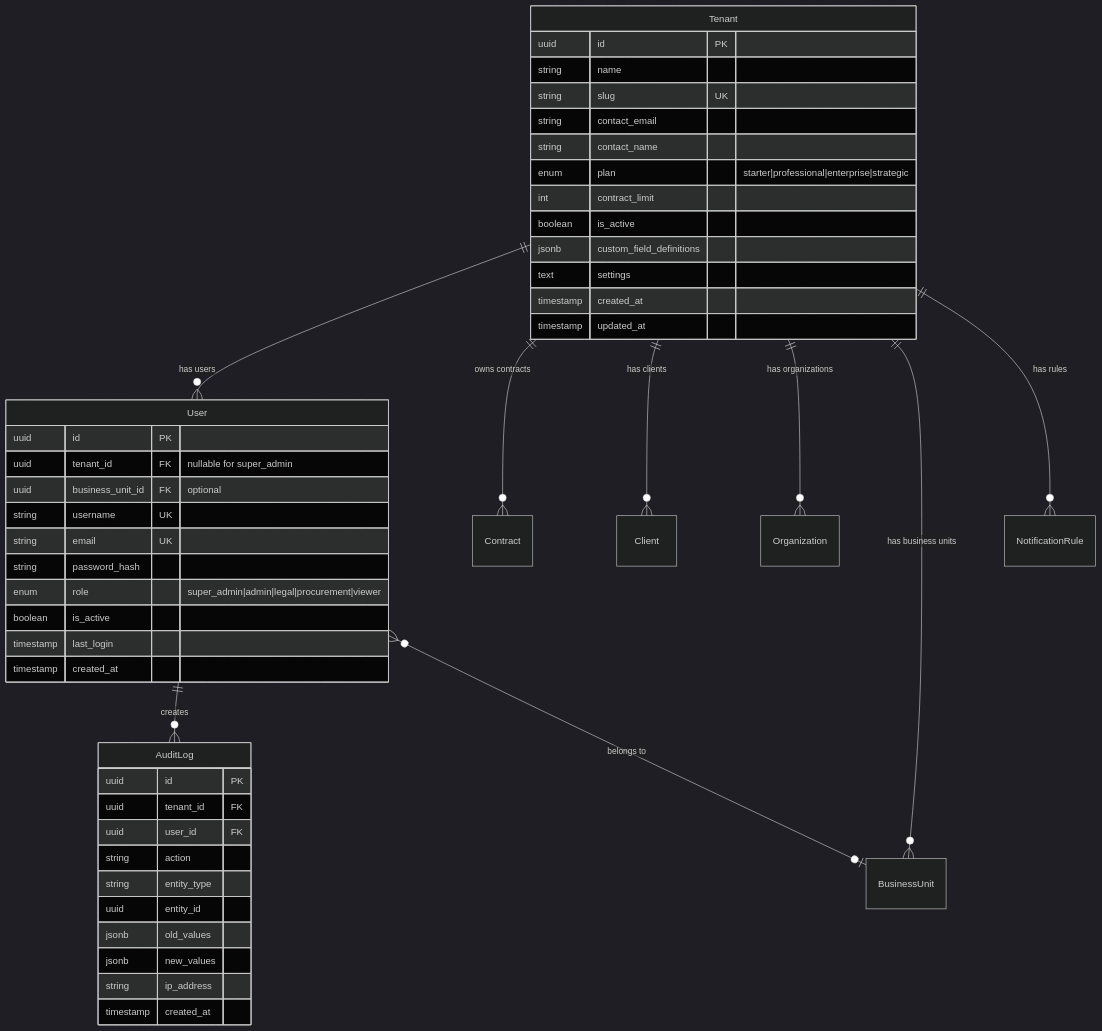
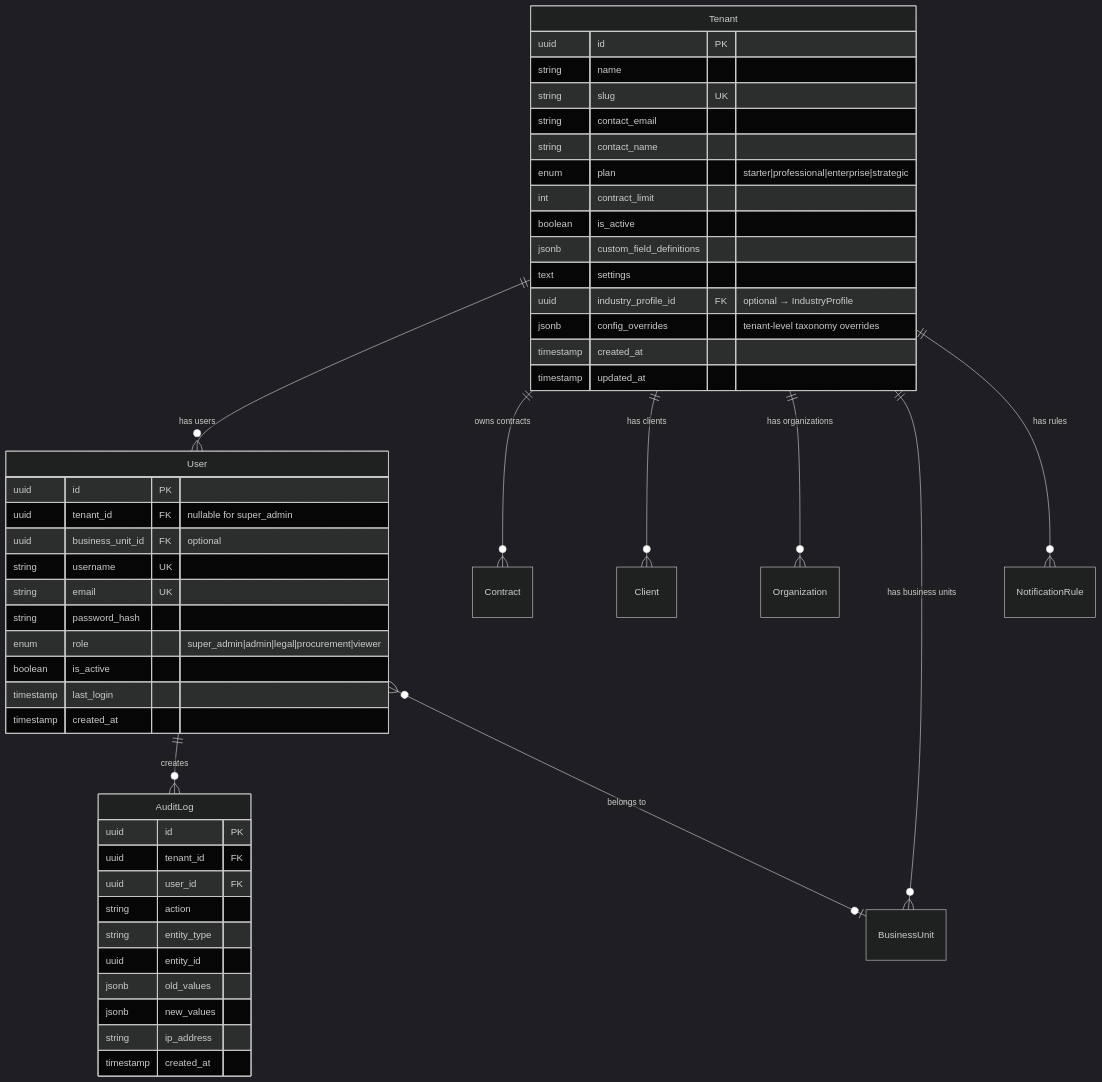
Before and after one commit to jjayarajdev/clm-evaluetor: the first of 59 diagrams in docs/DATA_MODEL.md, drawn with Mermaid (dark theme). The commit also changed other lines of this file and 65 other files, not shown here.

````diff
--- a/docs/DATA_MODEL.md
+++ b/docs/DATA_MODEL.md
@@ -34,52 +35,54 @@
 ```mermaid
 erDiagram
     Tenant ||--o{ User : "has users"
     Tenant ||--o{ Contract : "owns contracts"
     Tenant ||--o{ Client : "has clients"
     Tenant ||--o{ Organization : "has organizations"
     Tenant ||--o{ BusinessUnit : "has business units"
     Tenant ||--o{ NotificationRule : "has rules"
     User ||--o{ AuditLog : "creates"
     User }o--o| BusinessUnit : "belongs to"
 
     Tenant {
         uuid id PK
         string name
         string slug UK
         string contact_email
         string contact_name
         enum plan "starter|professional|enterprise|strategic"
         int contract_limit
         boolean is_active
         jsonb custom_field_definitions
         text settings
+        uuid industry_profile_id FK "optional → IndustryProfile"
+        jsonb config_overrides "tenant-level taxonomy overrides"
         timestamp created_at
         timestamp updated_at
     }
 
     User {
         uuid id PK
         uuid tenant_id FK "nullable for super_admin"
         uuid business_unit_id FK "optional"
         string username UK
         string email UK
         string password_hash
         enum role "super_admin|admin|legal|procurement|viewer"
         boolean is_active
         timestamp last_login
         timestamp created_at
     }
 
     AuditLog {
         uuid id PK
         uuid tenant_id FK
         uuid user_id FK
         string action
         string entity_type
         uuid entity_id
         jsonb old_values
         jsonb new_values
         string ip_address
         timestamp created_at
     }
 ```
````
